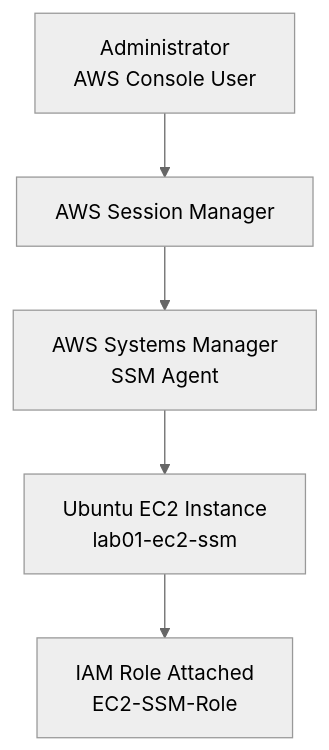
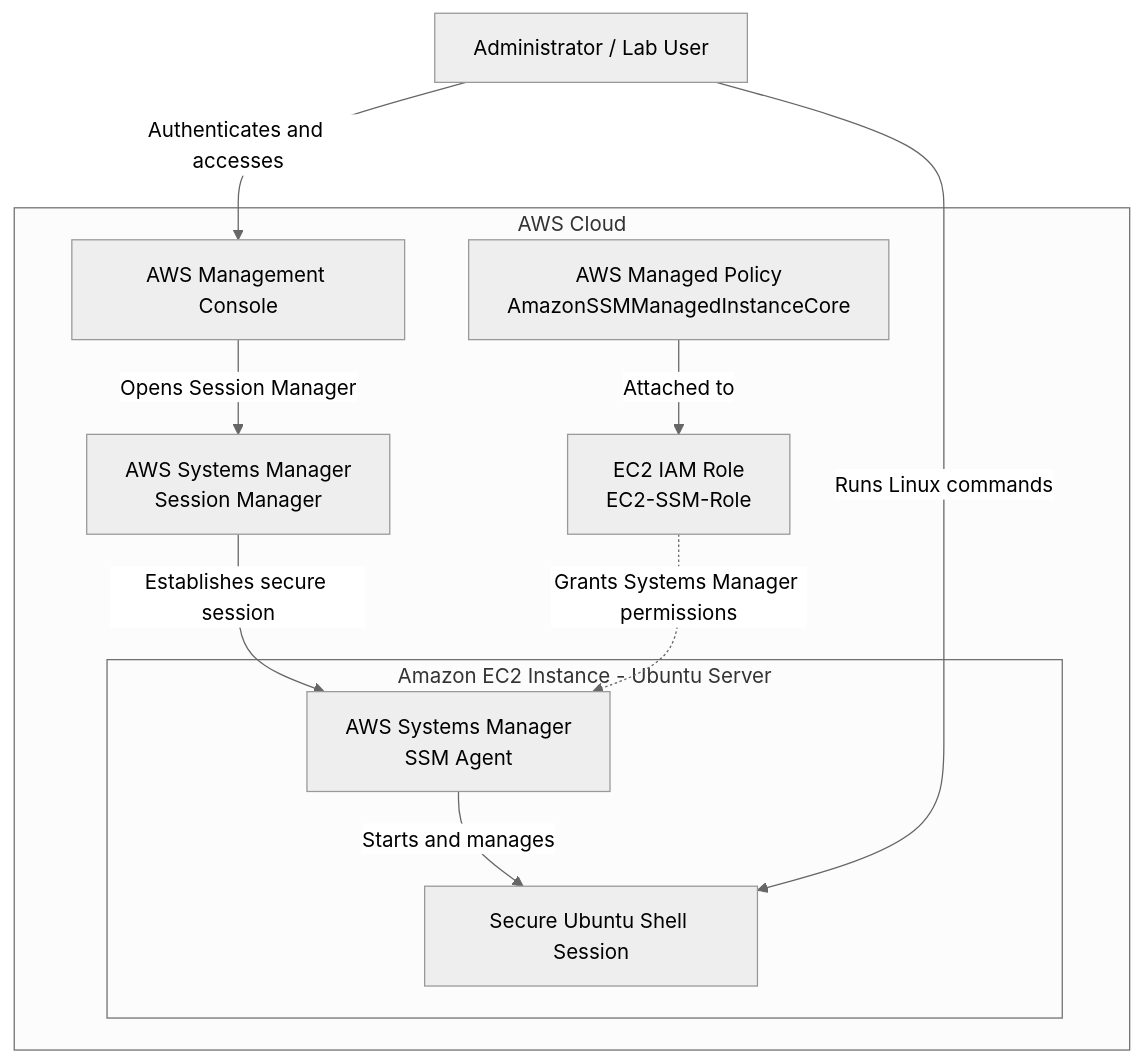
Before and after one commit to itamarsb/aws-cloud-engineering-lab: the first of 3 diagrams in labs/01-ec2-and-ssm/README.md, drawn with Mermaid (neutral theme). The commit also changed other lines of this file, not shown here.

````diff
--- a/labs/01-ec2-and-ssm/README.md
+++ b/labs/01-ec2-and-ssm/README.md
@@ -14,13 +13,34 @@
 ```mermaid
-flowchart TD
-    A[Administrator<br/>AWS Console User]
-    B[AWS Session Manager]
-    C[AWS Systems Manager<br/>SSM Agent]
-    D[Ubuntu EC2 Instance<br/>lab01-ec2-ssm]
-    E[IAM Role Attached<br/>EC2-SSM-Role]
+flowchart TB
 
-    A --> B
-    B --> C
-    C --> D
-    D --> E
+    USER["Administrator / Lab User"]
+
+    subgraph AWS["AWS Cloud"]
+
+        CONSOLE["AWS Management Console"]
+
+        SESSION["AWS Systems Manager<br>Session Manager"]
+
+        IAM["EC2 IAM Role<br>EC2-SSM-Role"]
+
+        POLICY["AWS Managed Policy<br>AmazonSSMManagedInstanceCore"]
+
+        subgraph EC2["Amazon EC2 Instance - Ubuntu Server"]
+
+            AGENT["AWS Systems Manager<br>SSM Agent"]
+
+            SHELL["Secure Ubuntu Shell Session"]
+
+            AGENT -->|"Starts and manages"| SHELL
+        end
+
+        CONSOLE -->|"Opens Session Manager"| SESSION
+        SESSION -->|"Establishes secure session"| AGENT
+
+        POLICY -->|"Attached to"| IAM
+        IAM -.->|"Grants Systems Manager permissions"| AGENT
+    end
+
+    USER -->|"Authenticates and accesses"| CONSOLE
+    USER -->|"Runs Linux commands"| SHELL
 ```
````
